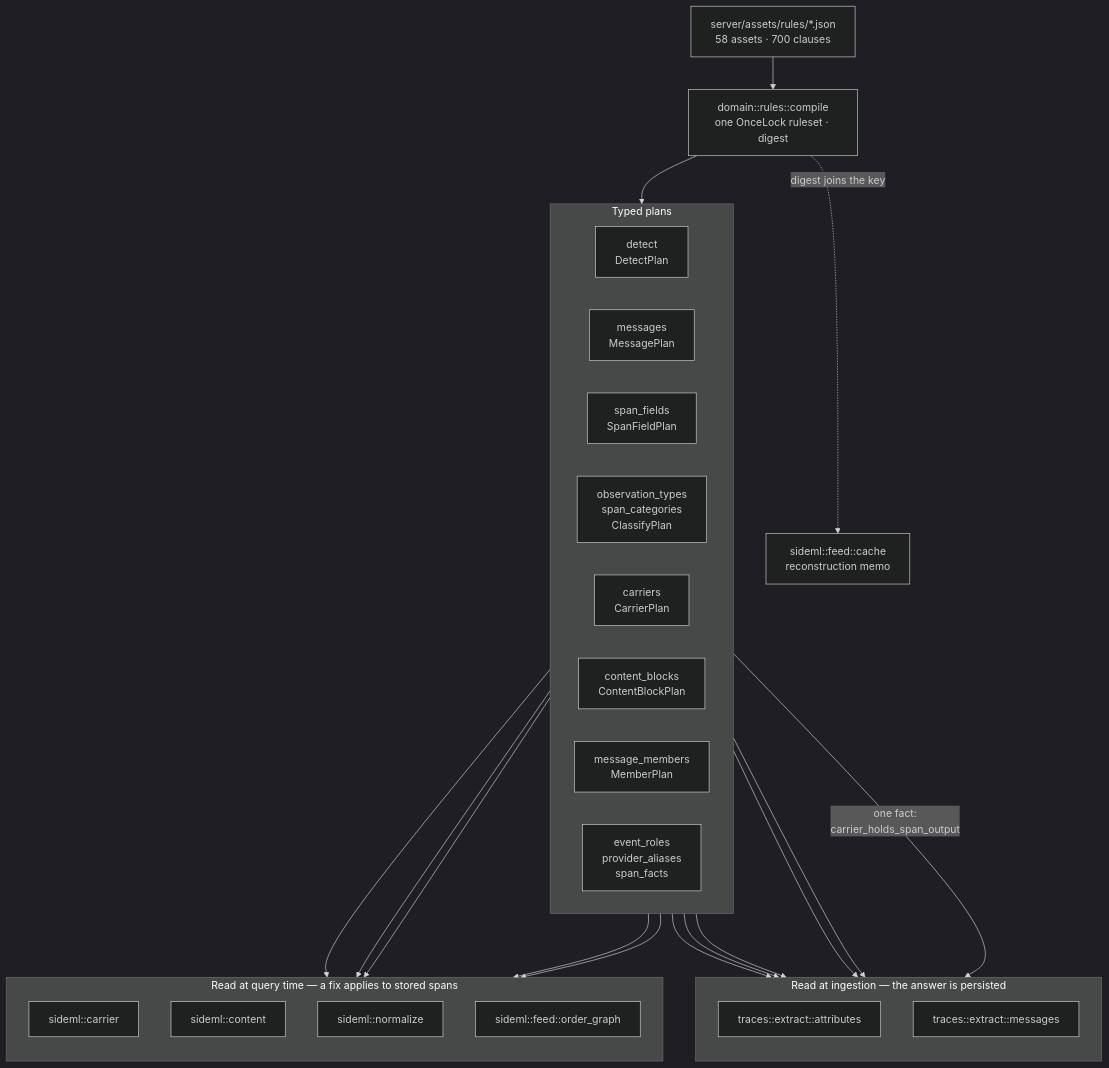
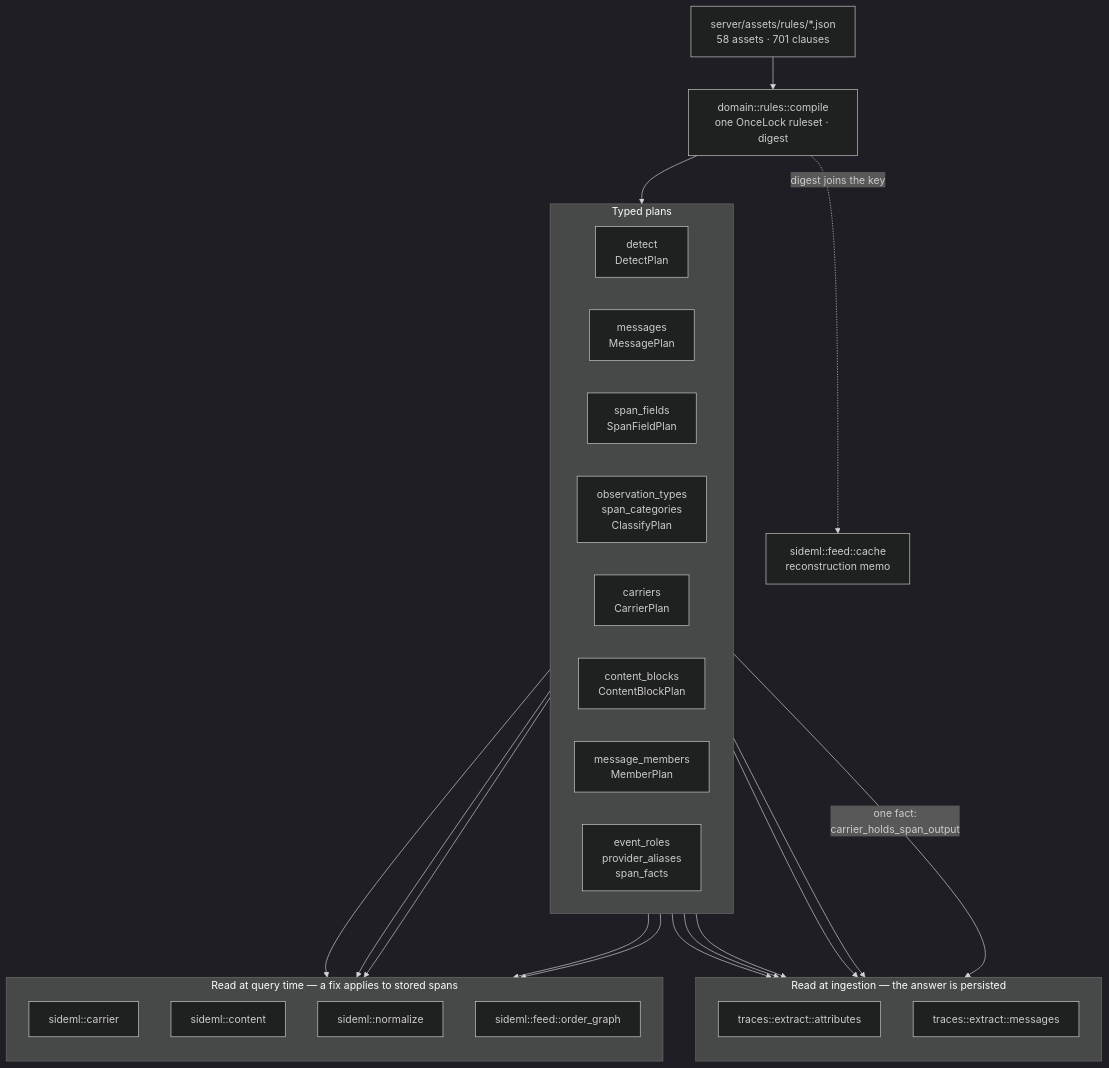
The first of 7 diagrams in docs/engineering/architecture-diagrams.md (sideseat/sideseat), drawn with Mermaid (dark theme) before and after one commit. The commit also changed 27 other files, not shown here.

````diff
--- a/docs/engineering/architecture-diagrams.md
+++ b/docs/engineering/architecture-diagrams.md
@@ -18,47 +18,47 @@
 ```mermaid
 flowchart TB
-    assets["server/assets/rules/*.json<br/>58 assets · 700 clauses"]
+    assets["server/assets/rules/*.json<br/>58 assets · 701 clauses"]
     compile["domain::rules::compile<br/>one OnceLock ruleset · digest"]
     assets --> compile
 
     subgraph plans["Typed plans"]
         direction LR
         detect["detect<br/>DetectPlan"]
         messages["messages<br/>MessagePlan"]
         fields["span_fields<br/>SpanFieldPlan"]
         classify["observation_types<br/>span_categories<br/>ClassifyPlan"]
         carriers["carriers<br/>CarrierPlan"]
         blocks["content_blocks<br/>ContentBlockPlan"]
         members["message_members<br/>MemberPlan"]
         roles["event_roles<br/>provider_aliases<br/>span_facts"]
     end
     compile --> plans
 
     subgraph ingest["Read at ingestion — the answer is persisted"]
         direction TB
         attrs["traces::extract::attributes"]
         msgs["traces::extract::messages"]
     end
 
     subgraph query["Read at query time — a fix applies to stored spans"]
         direction TB
         carrier["sideml::carrier"]
         content["sideml::content"]
         normalize["sideml::normalize"]
         order["sideml::feed::order_graph"]
     end
 
     detect --> attrs
     fields --> attrs
     classify --> attrs
     roles --> attrs
     messages --> msgs
     carriers -->|"one fact:<br/>carrier_holds_span_output"| msgs
     carriers --> carrier
     carriers --> order
     blocks --> content
     members --> content
     roles --> normalize
 
     compile -. "digest joins the key" .-> cache["sideml::feed::cache<br/>reconstruction memo"]
 ```
````
